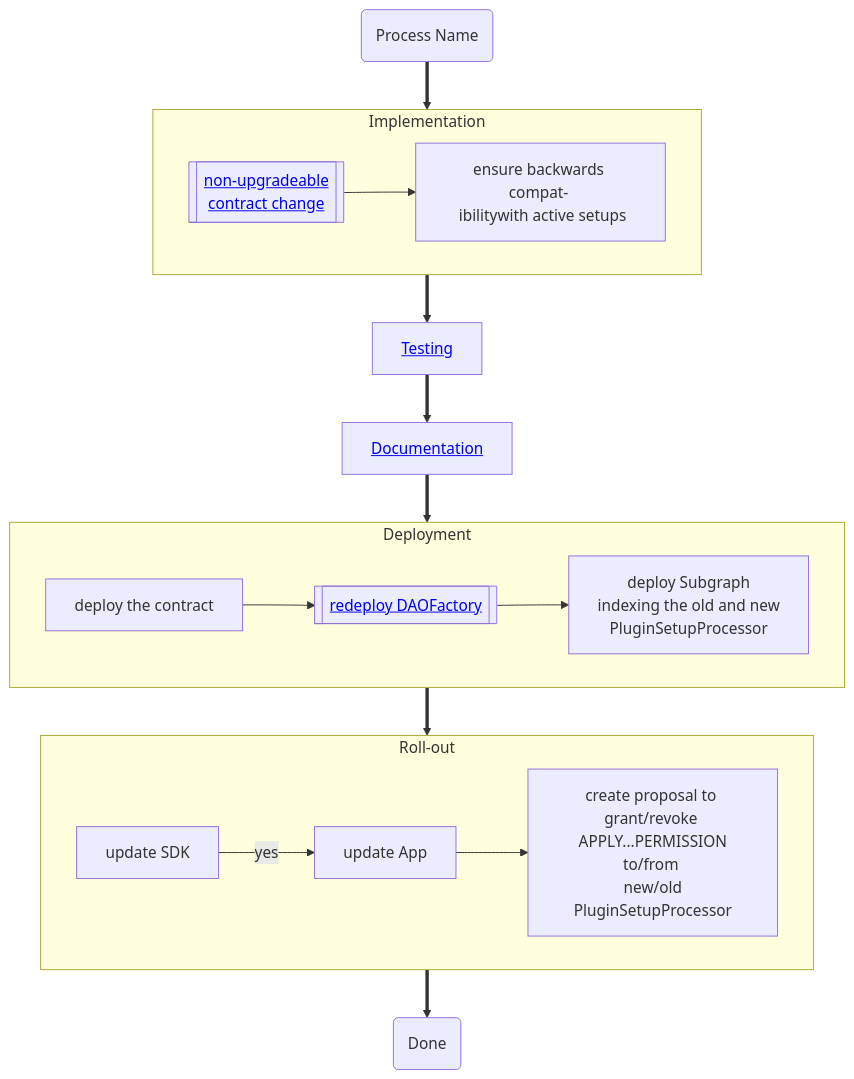
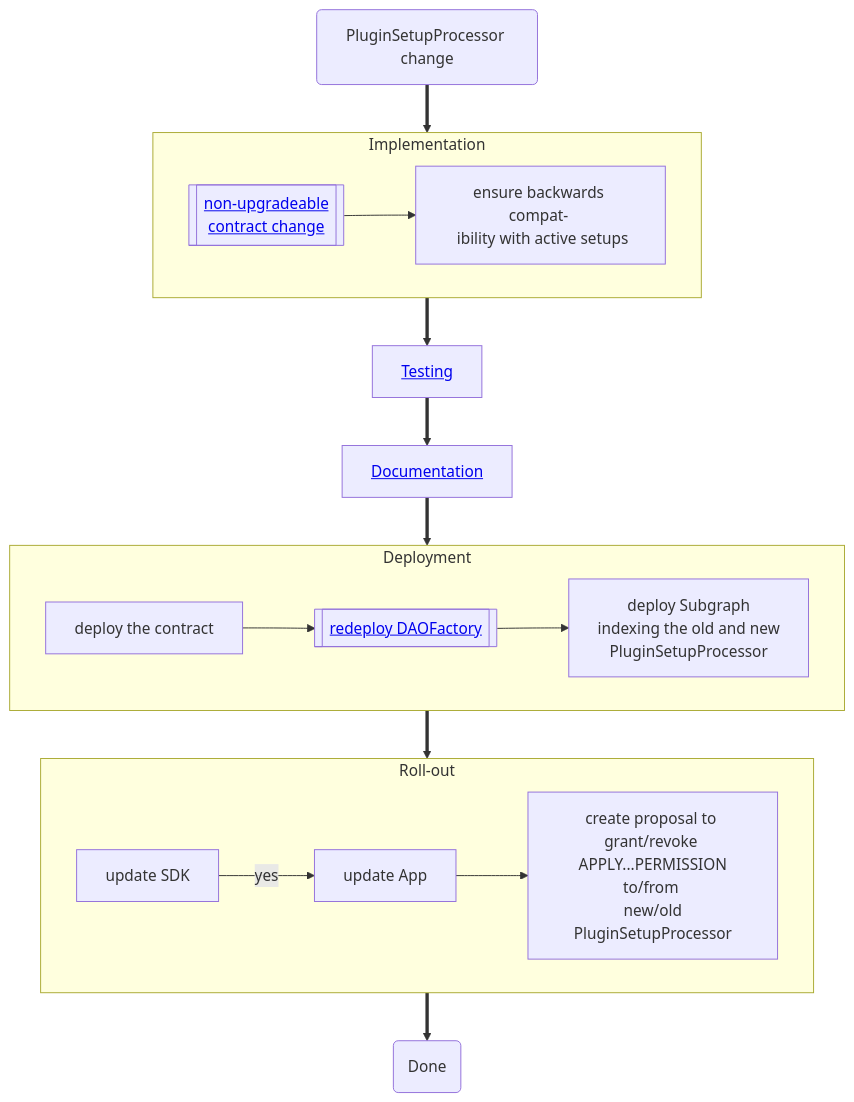
The diagram in packages/contracts/docs/developer-portal/04-framework-lifecycle/03-osx-components/05-plugin-setup-processor.md (aragon/osx), drawn with Mermaid before and after one commit. The commit also changed other lines of this file and 2 other files, not shown here.

Commit message:
docs: improved process descriptions

````diff
--- a/packages/contracts/docs/developer-portal/04-framework-lifecycle/03-osx-components/05-plugin-setup-processor.md
+++ b/packages/contracts/docs/developer-portal/04-framework-lifecycle/03-osx-components/05-plugin-setup-processor.md
@@ -3,36 +3,36 @@
 ```mermaid
 flowchart TD
-    processStart("Process Name")
+    processStart("PluginSetupProcessor change")
     processStart ==> implementation
     subgraph implementation[Implementation]
         nonUpgradeableContractImplementation[[<a href='./03-non-upgradeable-contract.md'>non-upgradeable \n contract change</a>]]
-        ensureCompatibility["ensure backwards compat- \n ibilitywith active setups"]
+        ensureCompatibility["ensure backwards compat- \n ibility with active setups"]
 
         nonUpgradeableContractImplementation --> ensureCompatibility
     end
 
     implementation ==> testing[<a href='../03-sub-processes/03-testing.md'>Testing</a>]
 
     testing ==> docs[<a href='../03-sub-processes/04-documentation.md'>Documentation</a>]
 
     docs ==> deployment
     subgraph deployment[Deployment]
         deployContract["deploy the contract"]
         redeployDaoFactory[[<a href='factory-contract.md'>redeploy DAOFactory</a>]]
         deploySubgraph["deploy Subgraph  \n indexing the old and new \n PluginSetupProcessor"]
         deployContract --> redeployDaoFactory --> deploySubgraph
     end
 
     deployment ==> rollout
     subgraph rollout[Roll-out]
         sdkUpdate["update SDK"]
         appUpdate["update App"]
 
         revokeApplyPermissions["create proposal to grant/revoke \n APPLY...PERMISSION to/from \n new/old PluginSetupProcessor"]
 
         sdkUpdate -->|yes| appUpdate
         appUpdate --> revokeApplyPermissions
     end
 
     rollout ==> processEnd("Done")
 ```
````
